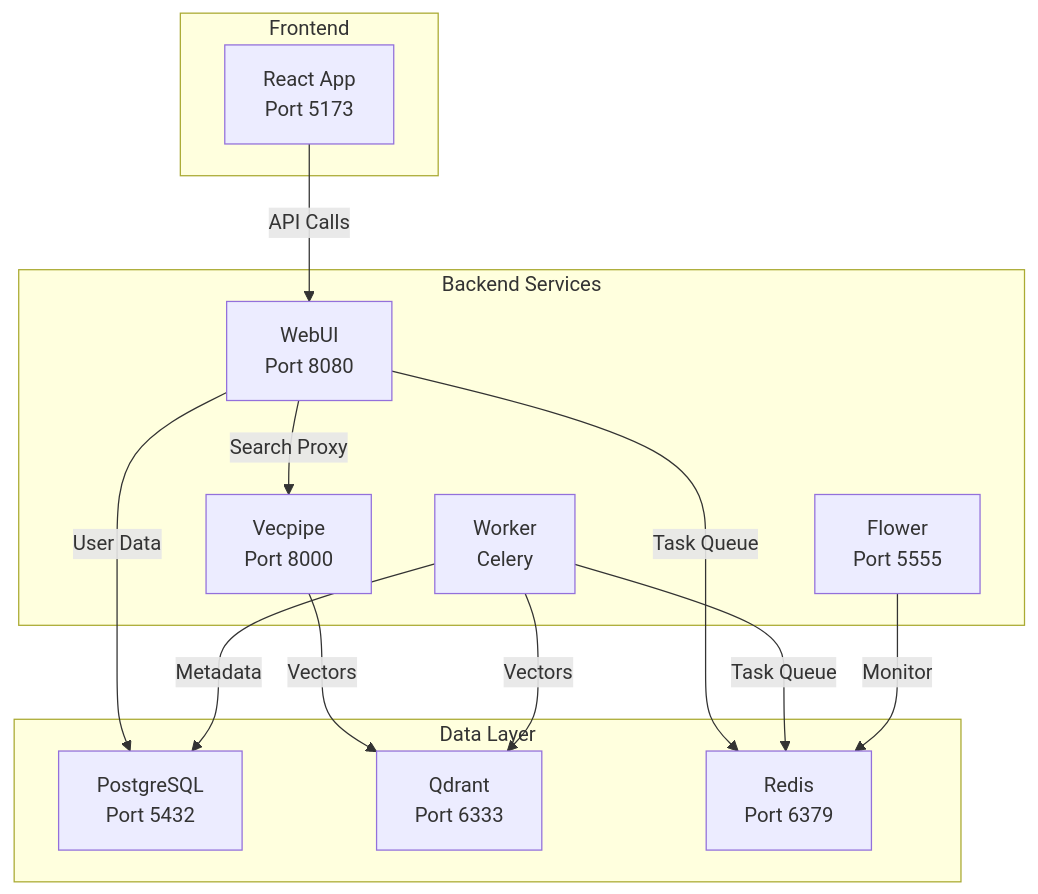
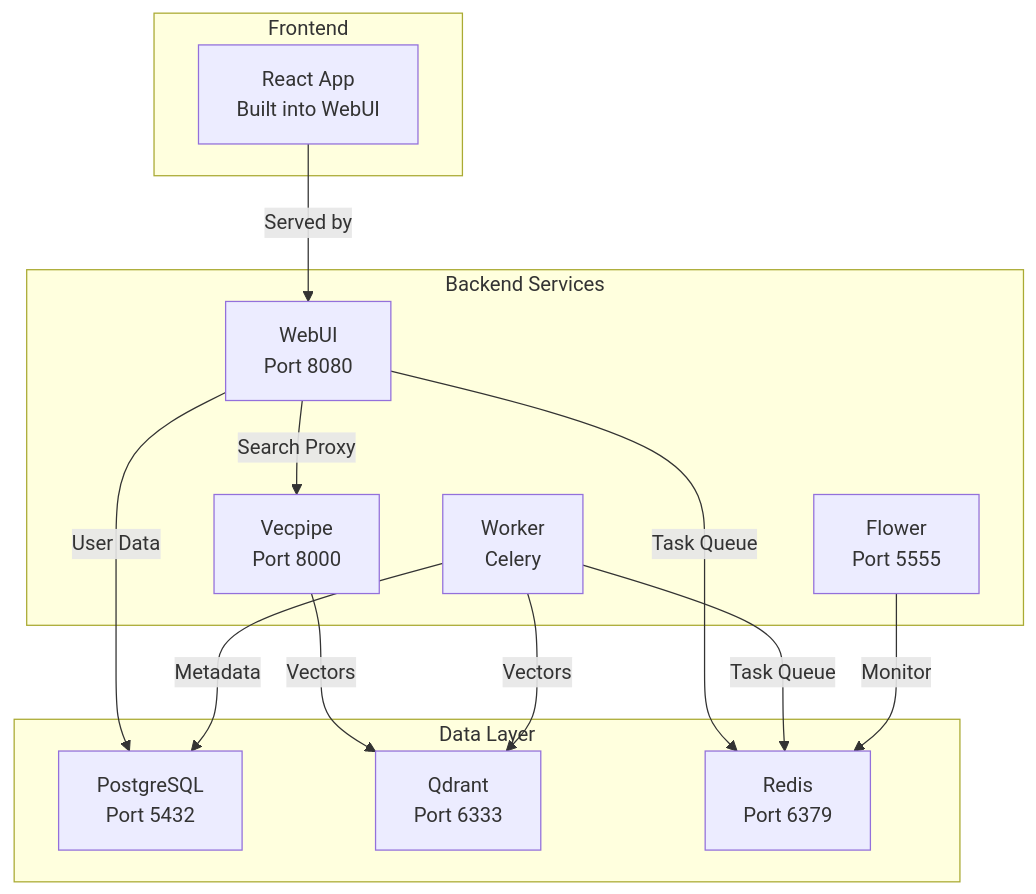
One commit to jbmiller10/semantik changed the diagram in docs/INFRASTRUCTURE.md. Above: the diagram before and after it, drawn with Mermaid. The commit also changed other lines of this file and 8 other files, not shown here.

````diff
--- a/docs/INFRASTRUCTURE.md
+++ b/docs/INFRASTRUCTURE.md
@@ -118,29 +125,29 @@
 ```mermaid
 graph TB
     subgraph "Frontend"
-        A[React App<br/>Port 5173]
+        A[React App<br/>Built into WebUI]
     end
-    
+
     subgraph "Backend Services"
         B[WebUI<br/>Port 8080]
         C[Vecpipe<br/>Port 8000]
         D[Worker<br/>Celery]
         E[Flower<br/>Port 5555]
     end
-    
+
     subgraph "Data Layer"
         F[PostgreSQL<br/>Port 5432]
         G[Qdrant<br/>Port 6333]
         H[Redis<br/>Port 6379]
     end
-    
-    A -->|API Calls| B
+
+    A -->|Served by| B
     B -->|Search Proxy| C
     B -->|Task Queue| H
     B -->|User Data| F
     C -->|Vectors| G
     D -->|Task Queue| H
     D -->|Vectors| G
     D -->|Metadata| F
     E -->|Monitor| H
 ```
````
